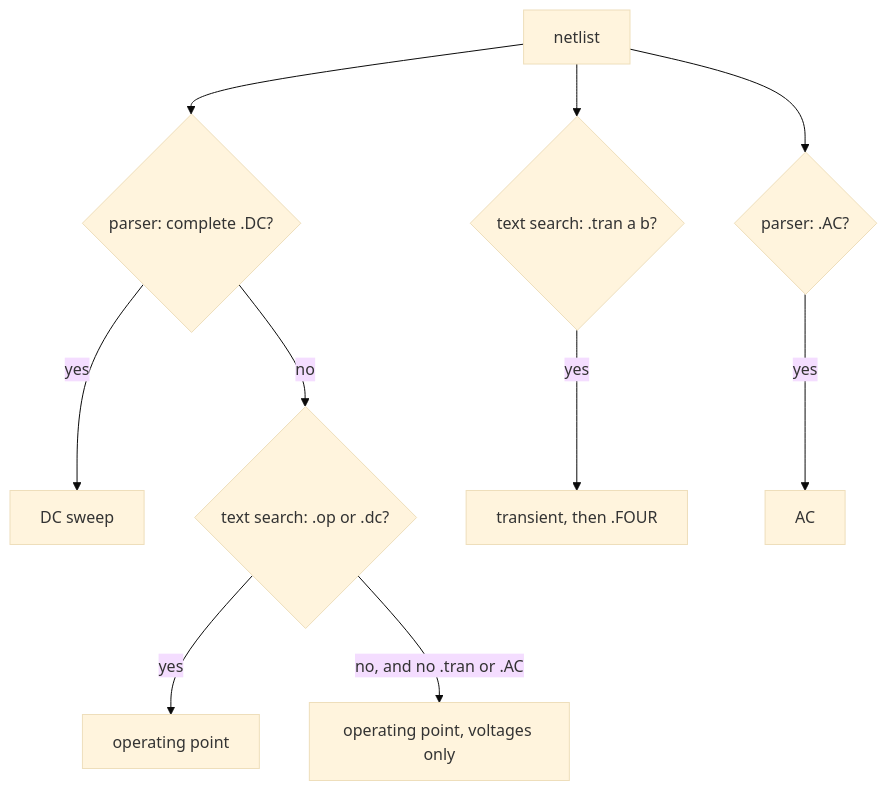
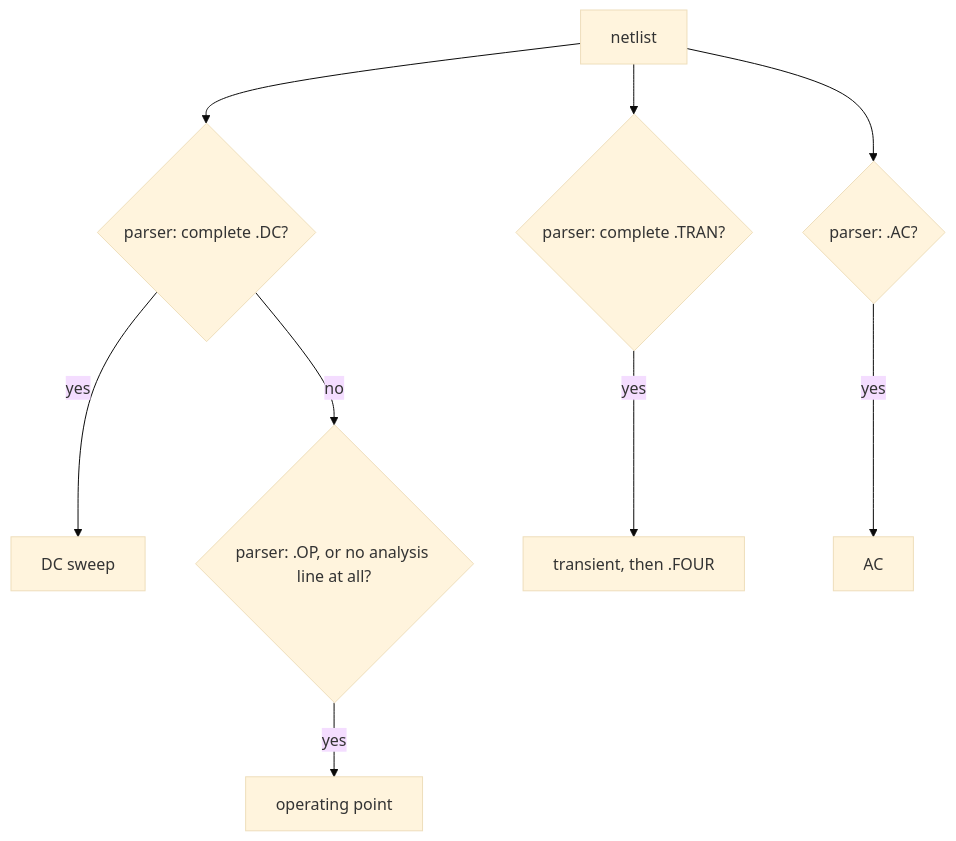
Before and after one commit to kurochan001/kirimaspice: the second of 2 diagrams in docs/REFERENCE_MANUAL.md, drawn with Mermaid (base theme). The commit also changed other lines of this file and 19 other files, not shown here.

````diff
--- a/docs/REFERENCE_MANUAL.md
+++ b/docs/REFERENCE_MANUAL.md
@@ -433,12 +433,11 @@
 ```mermaid
 flowchart TD
   N[netlist] --> P{"parser: complete .DC?"}
   P -- yes --> SW["DC sweep"]
-  P -- no --> S{"text search: .op or .dc?"}
+  P -- no --> S{"parser: .OP, or no analysis line at all?"}
   S -- yes --> OP["operating point"]
-  N --> TS{"text search: .tran a b?"}
+  N --> TS{"parser: complete .TRAN?"}
   TS -- yes --> TR["transient, then .FOUR"]
   N --> A{"parser: .AC?"}
   A -- yes --> AC["AC"]
-  S -- "no, and no .tran or .AC" --> DEF["operating point, voltages only"]
 ```
````
